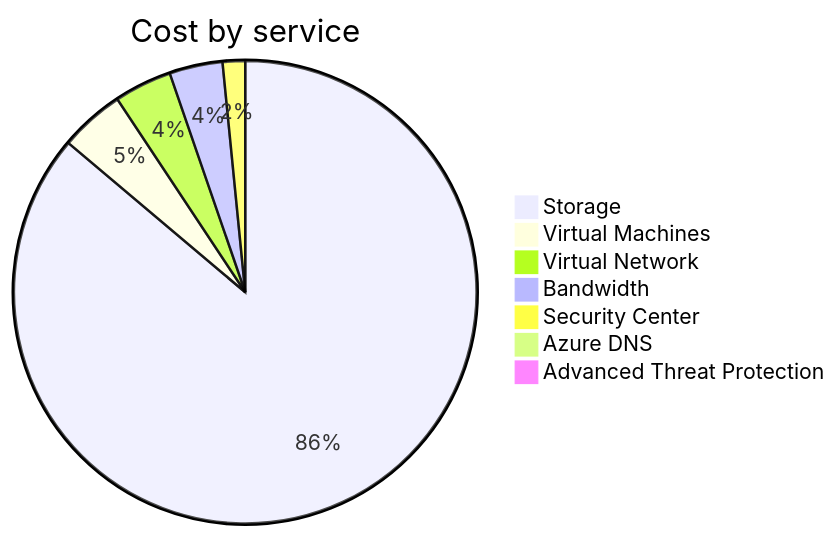
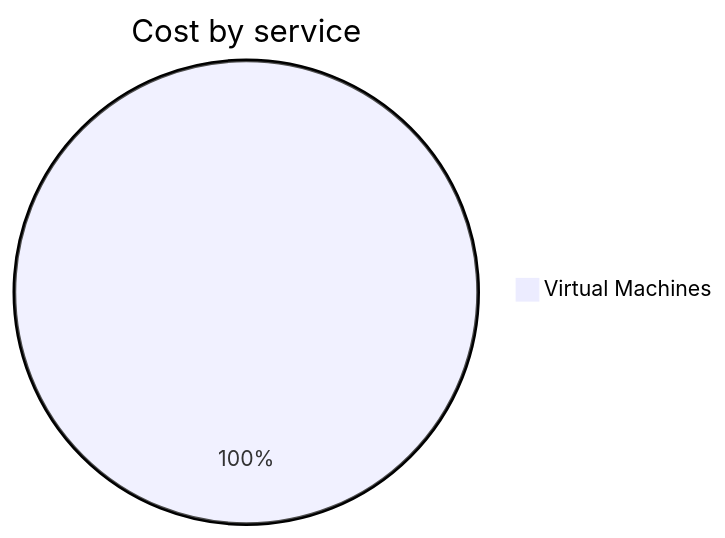
Before and after one commit to jpfulton/azure-personal-reports: the second of 4 diagrams in cost-reports/personal-network/README.md, drawn with Mermaid. The commit also changed other lines of this file and 9 other files, not shown here.

````diff
--- a/cost-reports/personal-network/README.md
+++ b/cost-reports/personal-network/README.md
@@ -99,11 +95,5 @@
 ```mermaid
 pie
    title Cost by service
-   "Storage" : 203.16
-   "Virtual Machines" : 10.68
-   "Virtual Network" : 9.50
-   "Bandwidth" : 8.76
-   "Security Center" : 3.70
-   "Azure DNS" : 0.47
-   "Advanced Threat Protection" : 0.00
+   "Virtual Machines" : 0.09
 ```
````
